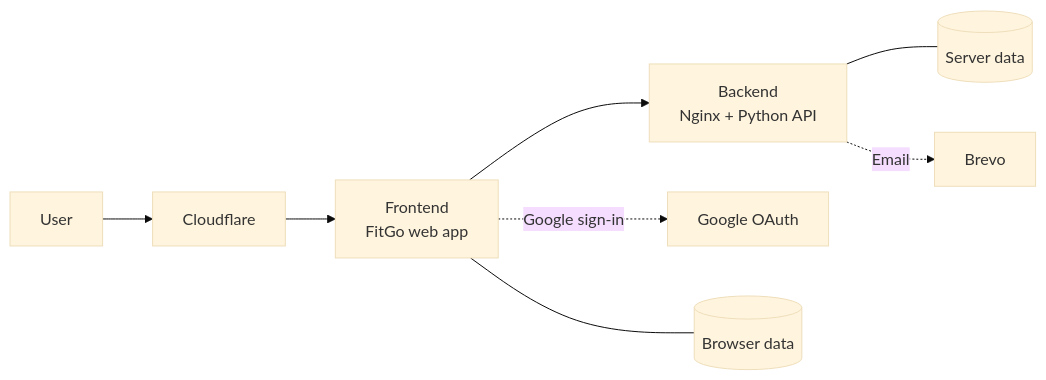
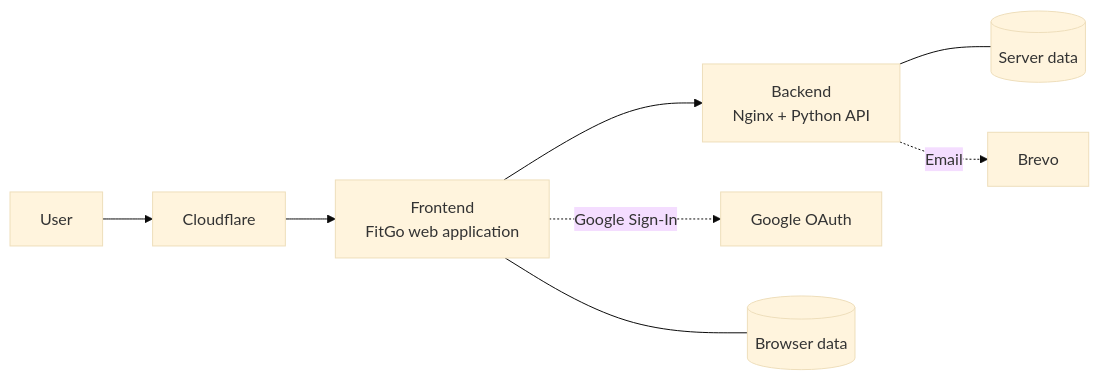
One commit to murilobellatini/murilobellatini changed the diagram in README.md. Above: the diagram before and after it, drawn with Mermaid (base theme). The commit also changed other lines of this file, not shown here.

````diff
--- a/README.md
+++ b/README.md
@@ -107,11 +100,11 @@
 ```mermaid
 flowchart LR
     U[User] --> CF[Cloudflare]
-    CF --> FE[Frontend<br>FitGo web app]
+    CF --> FE[Frontend<br>FitGo web application]
     FE --> BE[Backend<br>Nginx + Python API]
 
-    FE -. Google sign-in .-> GO[Google OAuth]
+    FE -. Google Sign-In .-> GO[Google OAuth]
     FE --- CD[(Browser data)]
     BE --- SD[(Server data)]
     BE -. Email .-> BR[Brevo]
 ```
````
